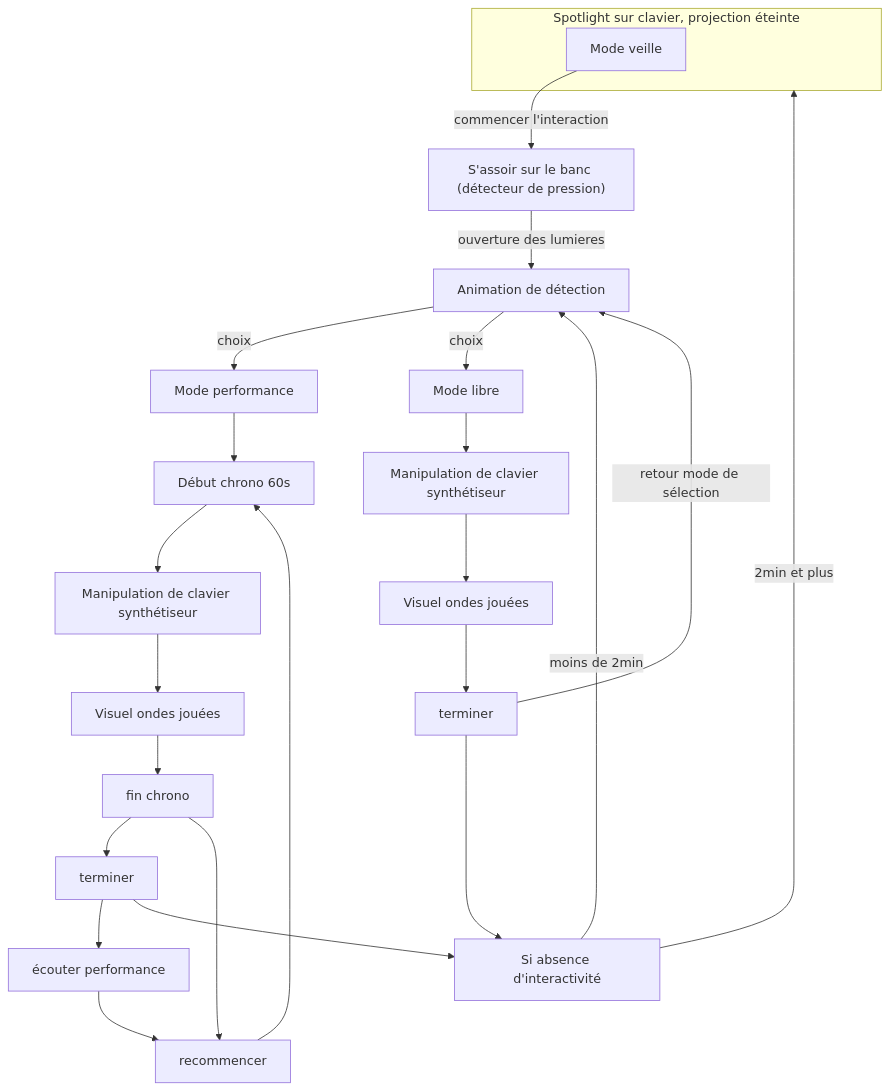
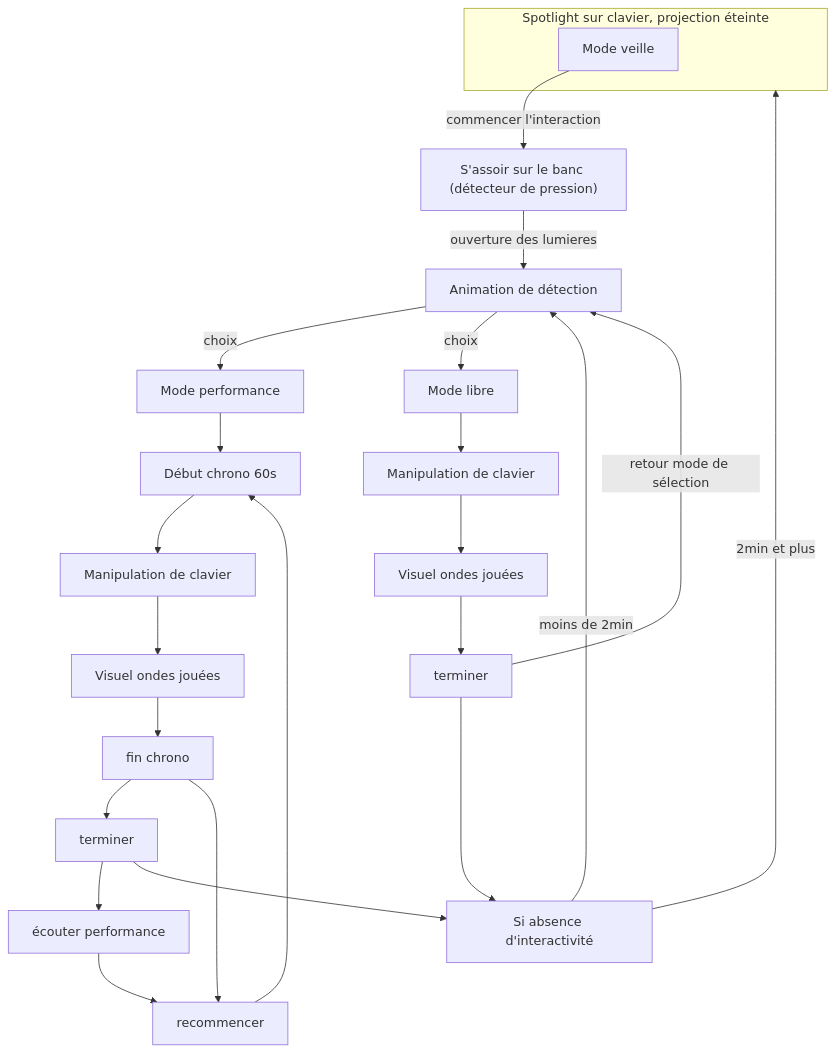
The diagram in README.md (jejed8/wave3d), drawn with Mermaid before and after one commit. The commit also changed other lines of this file, not shown here.

````diff
--- a/README.md
+++ b/README.md
@@ -24,24 +28,24 @@
 ```mermaid
     flowchart TD
  subgraph s1["Spotlight sur clavier, projection éteinte"]
         n1["Mode veille<br>"]
   end
     n1 -- commencer l'interaction --> n2["S'assoir sur le banc (détecteur de pression)"]
     n2 -- ouverture des lumieres --> n5["Animation de détection"]
     n5 -- choix --> n4["Mode performance"] & n3["Mode libre"]
     n4 --> n6["Début chrono 60s"]
-    n3 --> n7["Manipulation de clavier synthétiseur"]
-    n6 --> n8["Manipulation de clavier synthétiseur"]
+    n3 --> n7["Manipulation de clavier"]
+    n6 --> n8["Manipulation de clavier"]
     n7 --> n9["Visuel ondes jouées"]
     n8 --> n10["Visuel ondes jouées"]
     n9 --> n11["terminer"]
     n10 --> n12["fin chrono"]
     n11 --> n14["Si absence d'interactivité"]
     n11 -- retour mode de sélection --> n5
     n14 -- 2min et plus --> s1
     n12 --> n15["terminer"] & n16["recommencer"]
     n16 --> n6
     n15 --> n17["écouter performance"] & n14
     n14 -- moins de 2min --> n5
     n17 --> n16
 ```
````
